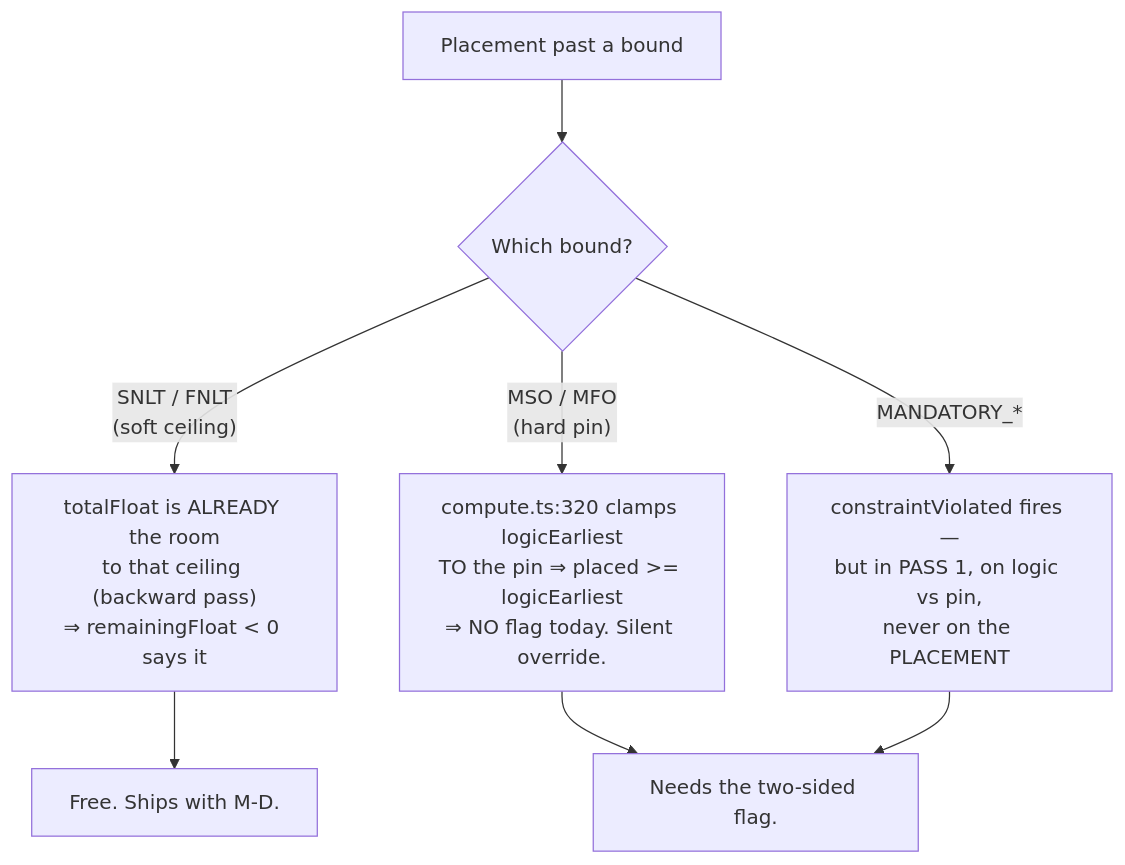
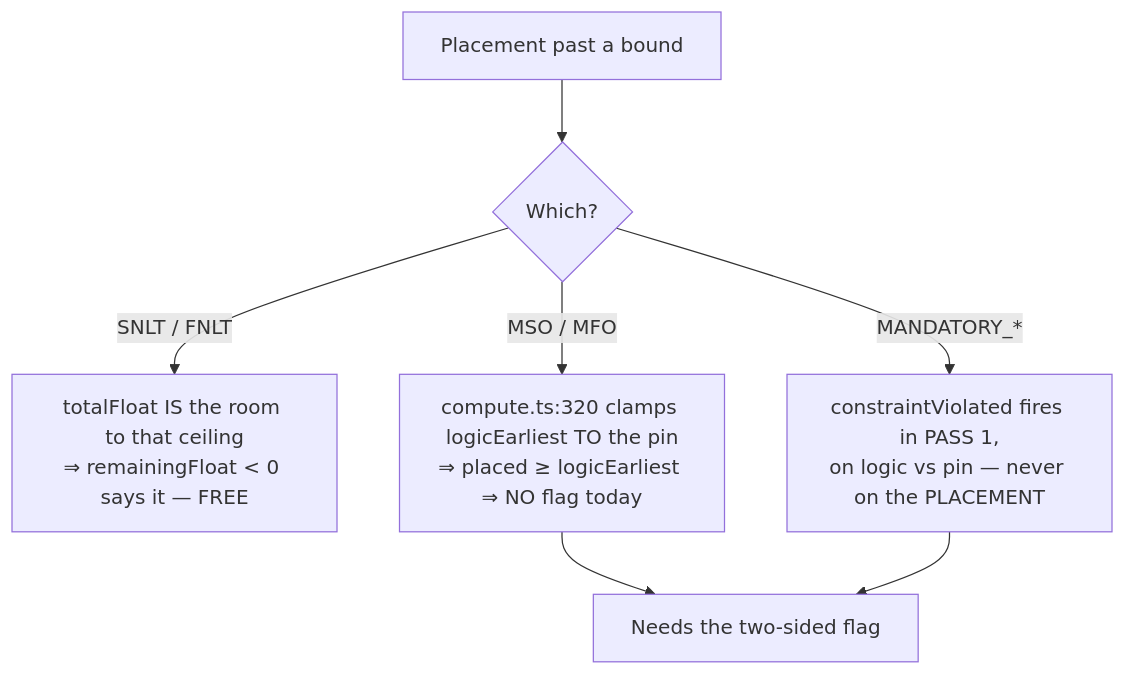
The third of 5 diagrams in docs/specs/one-planning-surface/feature-spec.md (HuttonHomeHub/SchedulePoint_1), drawn with Mermaid before and after one commit. The commit also changed other lines of this file and 2 other files, not shown here.

````diff
--- a/docs/specs/one-planning-surface/feature-spec.md
+++ b/docs/specs/one-planning-surface/feature-spec.md
@@ -498,10 +435,9 @@
 ```mermaid
 flowchart TD
-  A["Placement past a bound"] --> B{"Which bound?"}
-  B -->|"SNLT / FNLT<br/>(soft ceiling)"| C["totalFloat is ALREADY the room<br/>to that ceiling (backward pass)<br/>⇒ remainingFloat &lt; 0 says it"]
-  B -->|"MSO / MFO<br/>(hard pin)"| D["compute.ts:320 clamps logicEarliest<br/>TO the pin ⇒ placed &gt;= logicEarliest<br/>⇒ NO flag today. Silent override."]
-  B -->|"MANDATORY_*"| E["constraintViolated fires —<br/>but in PASS 1, on logic vs pin,<br/>never on the PLACEMENT"]
-  C --> F["Free. Ships with M-D."]
-  D --> G["Needs the two-sided flag."]
+  A["Placement past a bound"] --> B{"Which?"}
+  B -->|"SNLT / FNLT"| C["totalFloat IS the room to that ceiling<br/>⇒ remainingFloat &lt; 0 says it — FREE"]
+  B -->|"MSO / MFO"| D["compute.ts:320 clamps logicEarliest TO the pin<br/>⇒ placed ≥ logicEarliest ⇒ NO flag today"]
+  B -->|"MANDATORY_*"| E["constraintViolated fires in PASS 1,<br/>on logic vs pin — never on the PLACEMENT"]
+  D --> G["Needs the two-sided flag"]
   E --> G
 ```
````
